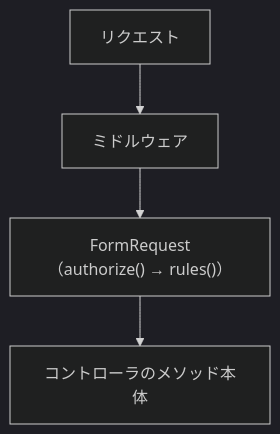
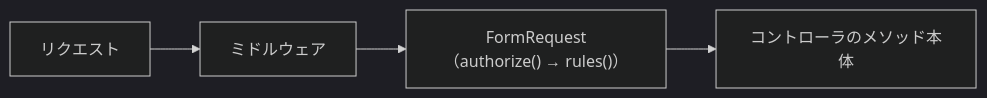
Before and after one commit to abekdwight/gslabo-lesson4: the diagram in docs/index.md, drawn with Mermaid (dark theme). The commit also changed other lines of this file, not shown here.

Commit message:
render layer diagram horizontally and box the copy rationale

````diff
--- a/docs/index.md
+++ b/docs/index.md
@@ -783,6 +783,6 @@
 ```mermaid
-flowchart TB
+flowchart LR
     A["リクエスト"] --> B["ミドルウェア"]
     B --> C["FormRequest（authorize() → rules()）"]
     C --> D["コントローラのメソッド本体"]
 ```
````
